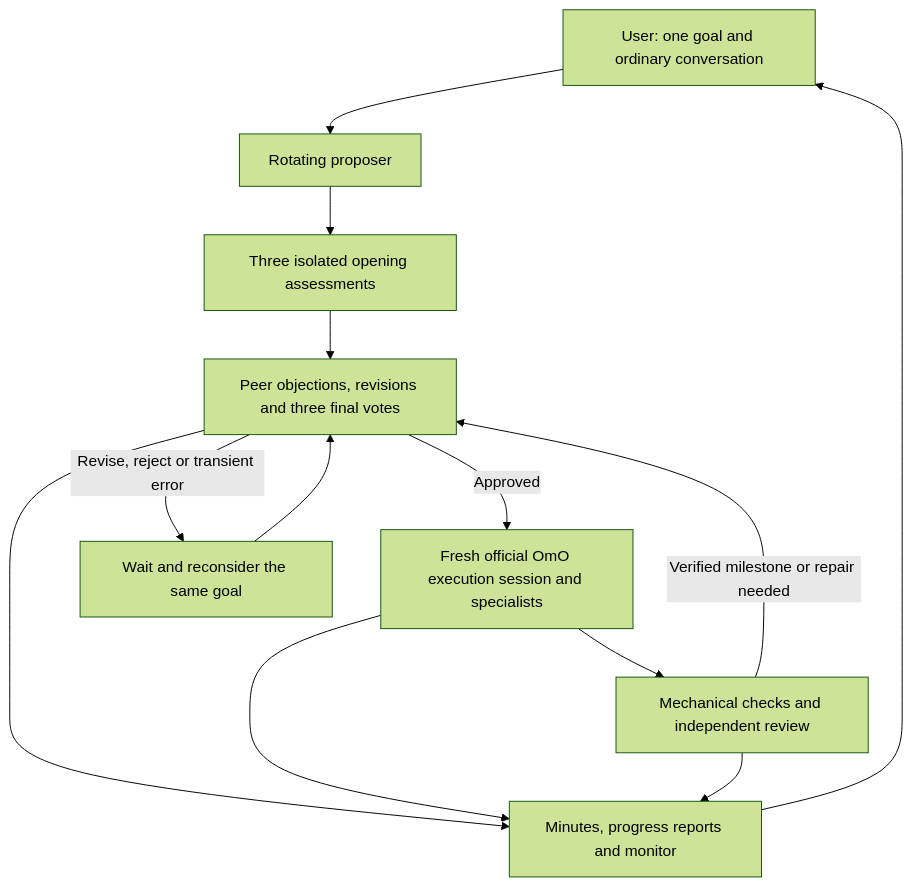
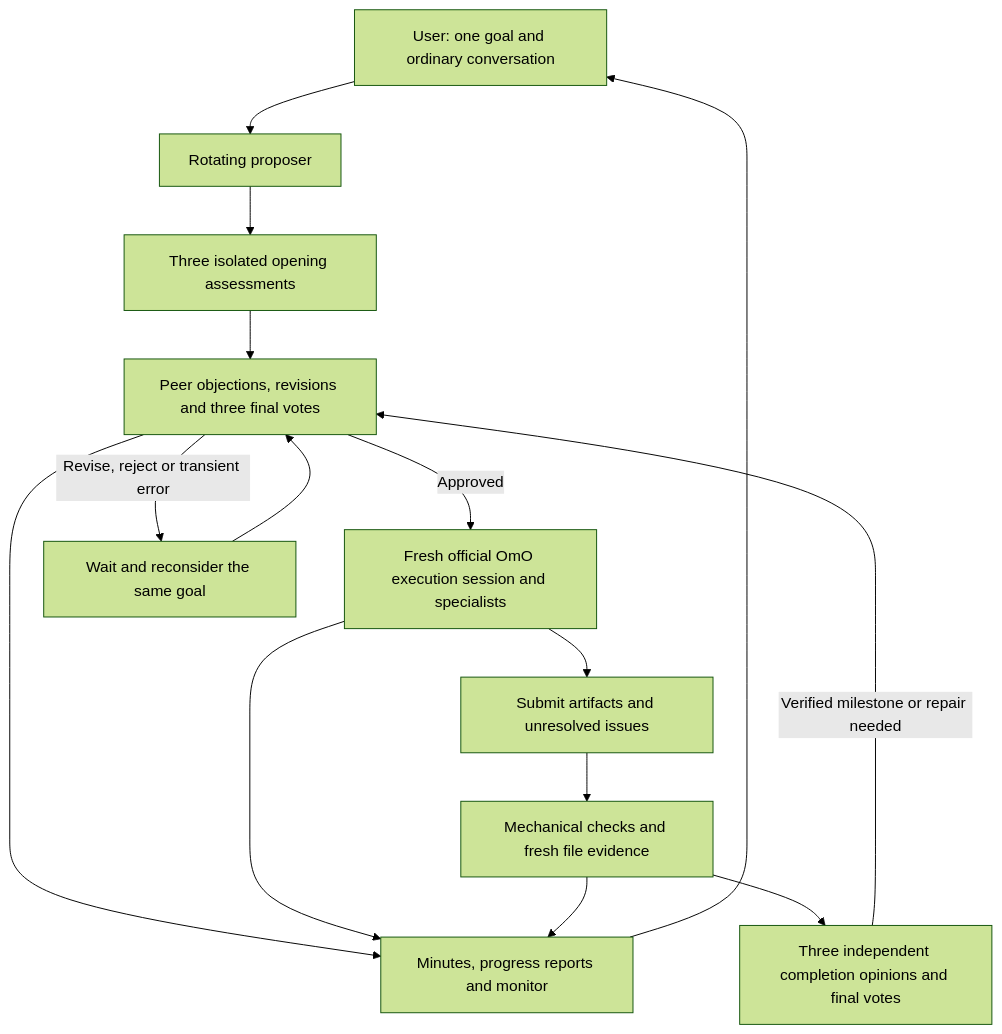
The diagram in README.md (eljja/Magi), drawn with Mermaid (forest theme) before and after one commit. The commit also changed other lines of this file and 22 other files, not shown here.

First line of the commit message:
feat(magi): require three-identity completion votes on submitted artifact evidence

````diff
--- a/README.md
+++ b/README.md
@@ -89,15 +91,17 @@
 ```mermaid
 flowchart TD
   User[User: one goal and ordinary conversation] --> Proposal[Rotating proposer]
   Proposal --> Opening[Three isolated opening assessments]
   Opening --> Council[Peer objections, revisions and three final votes]
   Council -->|Approved| OmO[Fresh official OmO execution session and specialists]
-  OmO --> Verify[Mechanical checks and independent review]
-  Verify -->|Verified milestone or repair needed| Council
+  OmO --> Submit[Submit artifacts and unresolved issues]
+  Submit --> Verify[Mechanical checks and fresh file evidence]
+  Verify --> Completion[Three independent completion opinions and final votes]
+  Completion -->|Verified milestone or repair needed| Council
   Council -->|Revise, reject or transient error| Retry[Wait and reconsider the same goal]
   Retry --> Council
   Council --> Records[Minutes, progress reports and monitor]
   OmO --> Records
   Verify --> Records
   Records --> User
 ```
````
